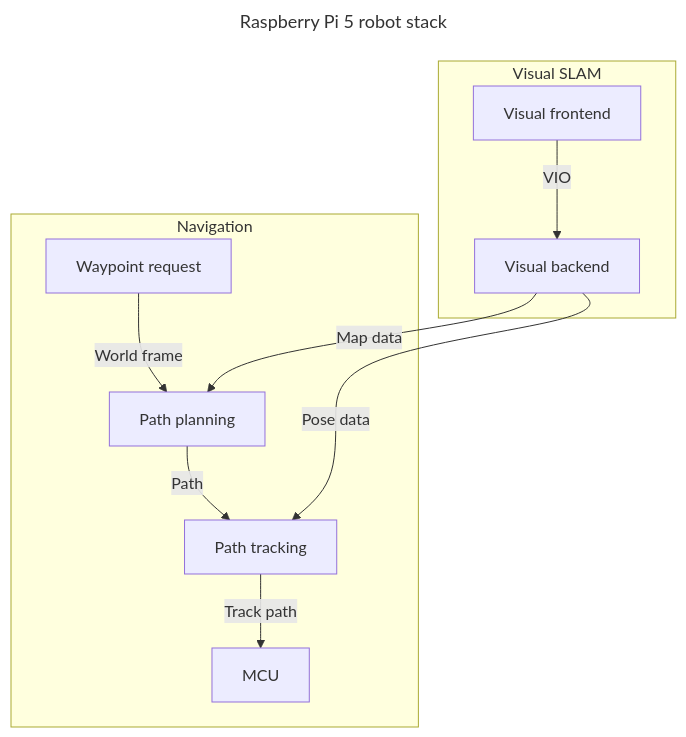
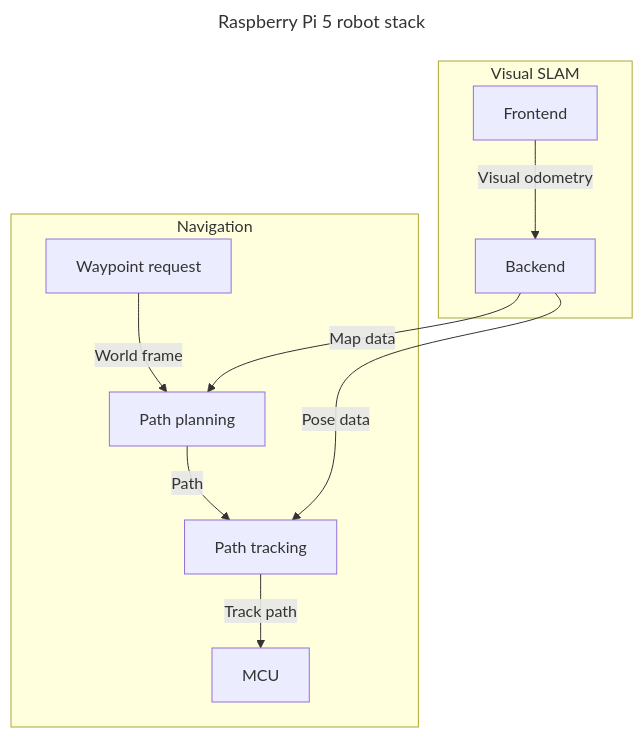
Before and after one commit to carmor1337/Robert-Diffrential-drive-robot: the third of 4 diagrams in README.md, drawn with Mermaid. The commit also changed other lines of this file, not shown here.

````diff
--- a/README.md
+++ b/README.md
@@ -178,24 +169,24 @@
 ```mermaid
 ---
 title: Raspberry Pi 5 robot stack
 ---
 flowchart TD
     subgraph Navigation
         Waypoint["Waypoint request"]
         PP["Path planning"]
         PT["Path tracking"]
         MCU["MCU"]
     end
 
     subgraph Visual SLAM
-        Frontend["Visual frontend"]
-        Backend["Visual backend"]
+        Frontend["Frontend"]
+        Backend["Backend"]
     end
 
     Waypoint --World frame-->PP-- Path--> PT --Track path--> MCU
-    Frontend --  VIO --> Backend
+    Frontend --  Visual odometry --> Backend
 
     Backend -- Map data-->PP
     Backend -- Pose data-->PT
 
 ```
````
